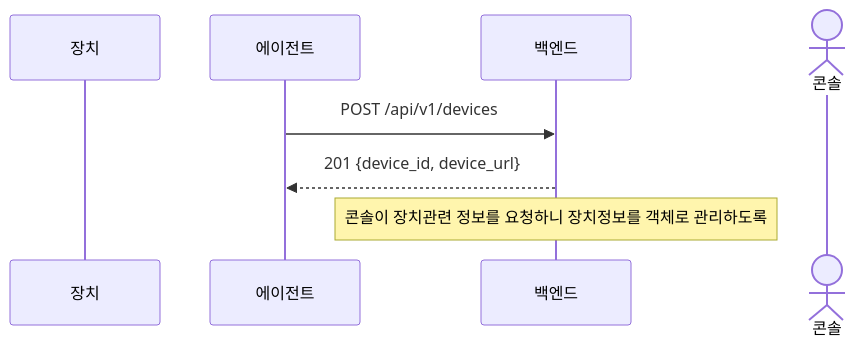
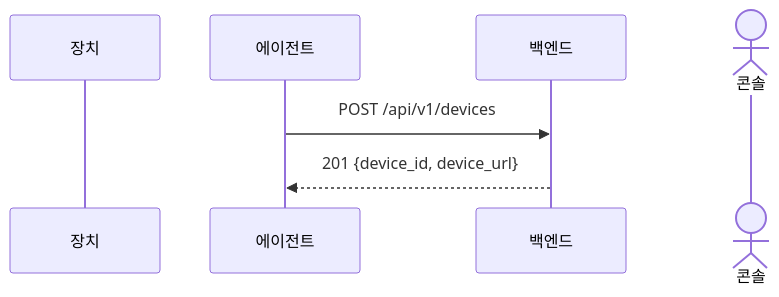
One commit to AlwaysEden/SV-Project changed the first of 11 diagrams in docs/seq_diagrams.md. Above: the diagram before and after it, drawn with Mermaid. The commit also changed other lines of this file and 1 other file, not shown here.

Commit message:
docs: 설계문서 추가, 시퀀스 다이어그램 보강

````diff
--- a/docs/seq_diagrams.md
+++ b/docs/seq_diagrams.md
@@ -18,11 +18,10 @@
 ```mermaid
 sequenceDiagram
     participant Device as 장치
     participant Agent as 에이전트
     participant Backend as 백엔드
     actor Console as 콘솔
 
     Agent->>Backend: POST /api/v1/devices
     Backend-->>Agent: 201 {device_id, device_url}
-    Note over Backend: 콘솔이 장치관련 정보를 요청하니 장치정보를 객체로 관리하도록
 ```
````
